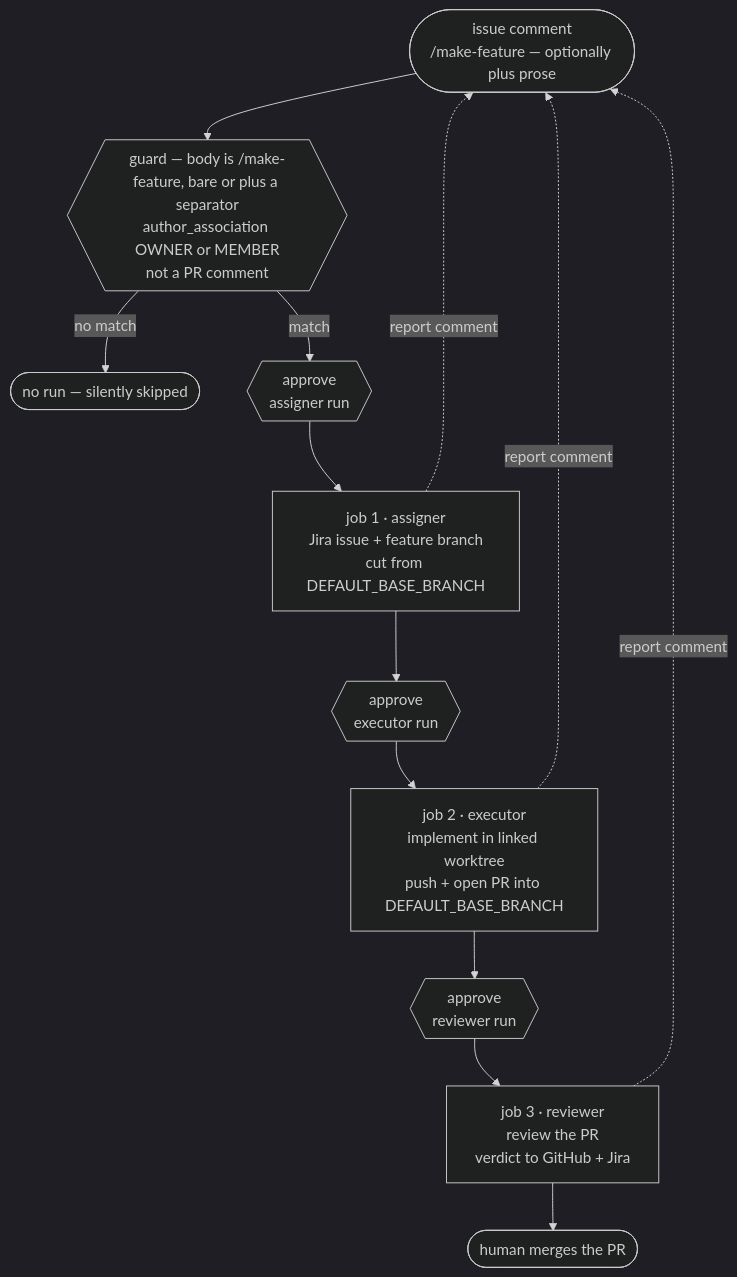
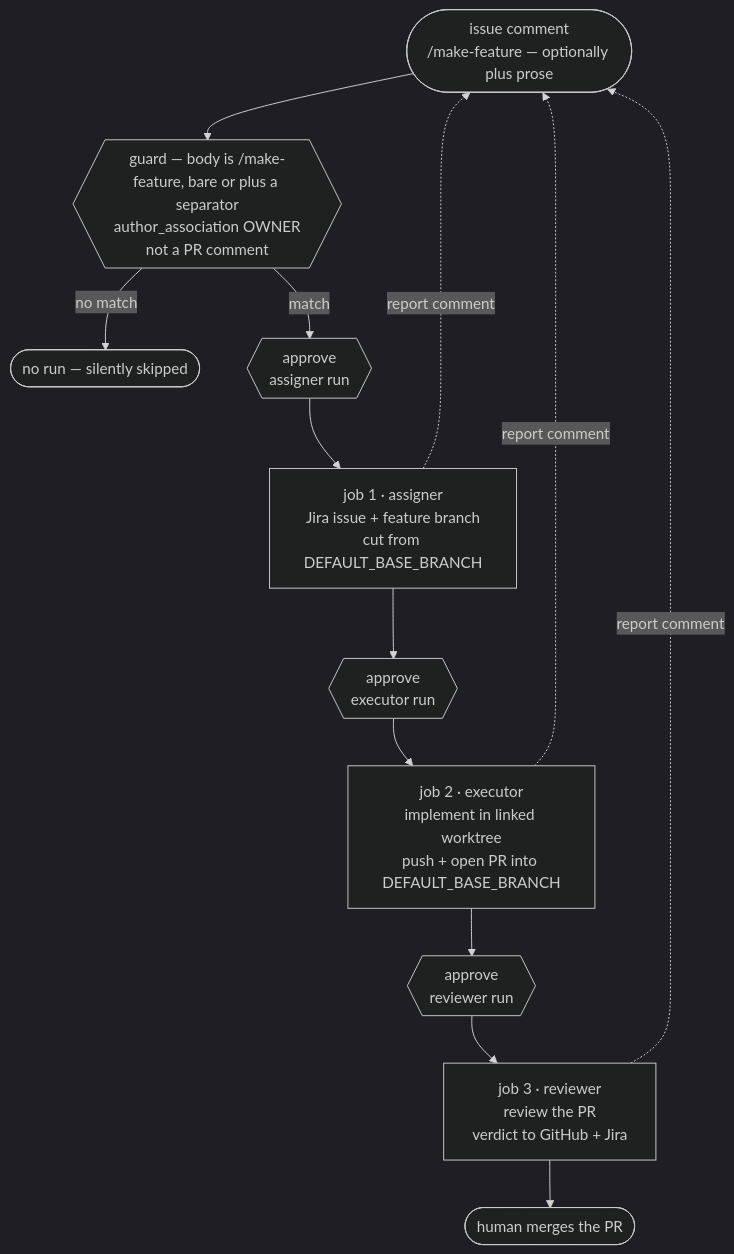
The diagram in plugins/jira-sdlc/docs/applications/ci-feature-flow-demo.md (kantorv/jira-sdlc-tools), drawn with Mermaid (dark theme) before and after one commit. The commit also changed other lines of this file and 5 other files, not shown here.

````diff
--- a/plugins/jira-sdlc/docs/applications/ci-feature-flow-demo.md
+++ b/plugins/jira-sdlc/docs/applications/ci-feature-flow-demo.md
@@ -43,15 +43,15 @@
 ```mermaid
 flowchart TB
-    C([issue comment<br>/make-feature — optionally plus prose]) --> GA{{"guard — body is /make-feature, bare or plus a separator<br>author_association OWNER or MEMBER<br>not a PR comment"}}
+    C([issue comment<br>/make-feature — optionally plus prose]) --> GA{{"guard — body is /make-feature, bare or plus a separator<br>author_association OWNER<br>not a PR comment"}}
     GA -->|no match| X([no run — silently skipped])
     GA -->|match| G1{{"approve<br>assigner run"}}
     G1 --> J1["job 1 · assigner<br>Jira issue + feature branch<br>cut from DEFAULT_BASE_BRANCH"]
     J1 --> G2{{"approve<br>executor run"}}
     G2 --> J2["job 2 · executor<br>implement in linked worktree<br>push + open PR into DEFAULT_BASE_BRANCH"]
     J2 --> G3{{"approve<br>reviewer run"}}
     G3 --> J3["job 3 · reviewer<br>review the PR<br>verdict to GitHub + Jira"]
     J3 --> H([human merges the PR])
     J1 -.->|report comment| C
     J2 -.->|report comment| C
     J3 -.->|report comment| C
 ```
````
